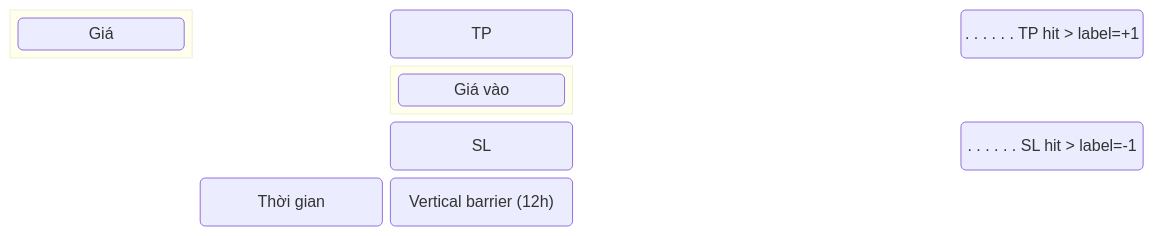
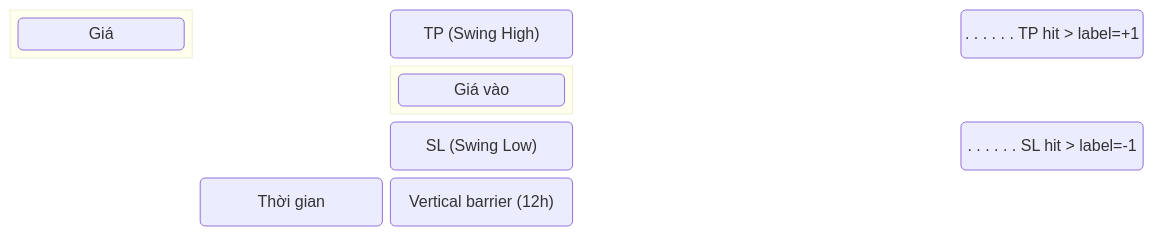
One commit to ultimateBroK/thesis-compact changed the second of 2 diagrams in docs/labeling.md. Above: the diagram before and after it, drawn with Mermaid. The commit also changed other lines of this file and 14 other files, not shown here.

````diff
--- a/docs/labeling.md
+++ b/docs/labeling.md
@@ -31,20 +33,20 @@
 ```mermaid
 block-beta
     columns 8
     block:price
         columns 1
         P("Giá")
     end
     space
-    TP1("TP") space:2  TPH(". . . . . . TP hit > label=+1") space:2
+    TP1("TP (Swing High)") space:2  TPH(". . . . . . TP hit > label=+1") space:2
     space:2
     block:mid1
         columns 1
         M1("Giá vào")
     end
     space:4
     space:3
-    SL1("SL") space:2  SLH(". . . . . . SL hit > label=-1") space:2
+    SL1("SL (Swing Low)") space:2  SLH(". . . . . . SL hit > label=-1") space:2
     space
     T("Thời gian") V("Vertical barrier (12h)")
 ```
````
